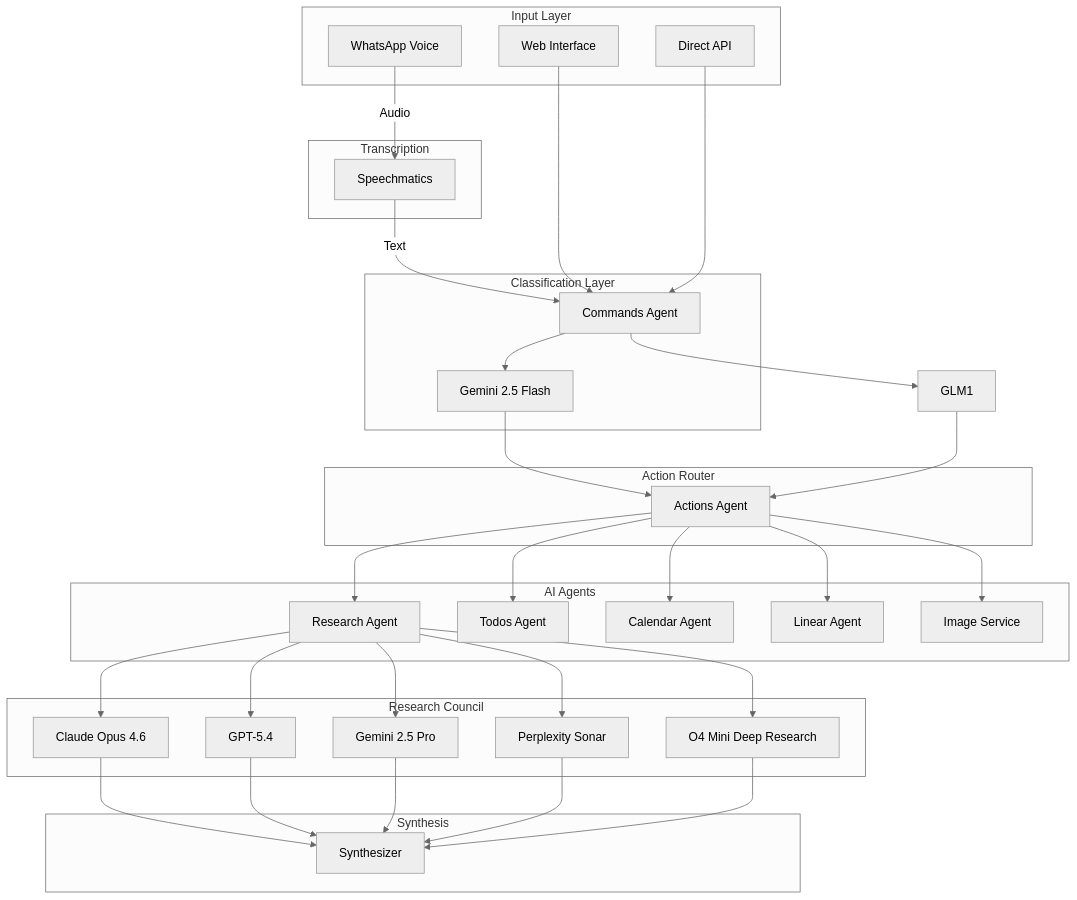
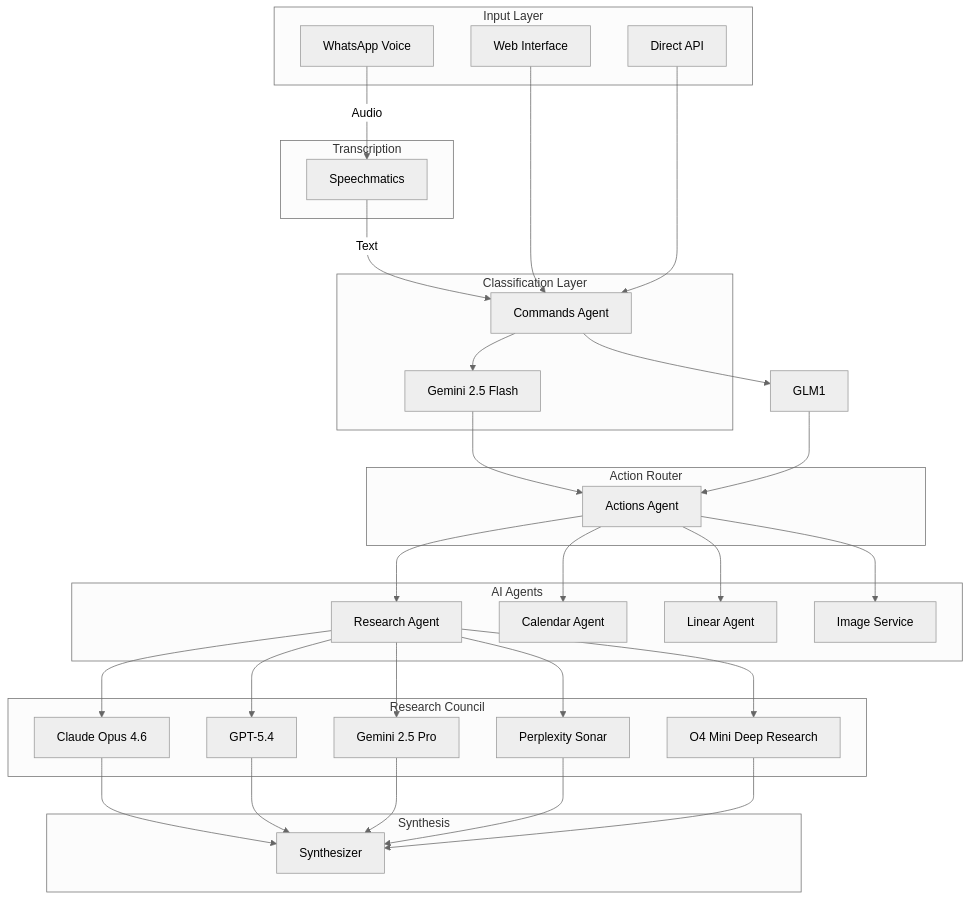
Before and after one commit to pbuchman/intexuraos: the third of 4 diagrams in docs/architecture/ai-architecture.md, drawn with Mermaid (neutral theme). The commit also changed other lines of this file and 463 other files, not shown here.

````diff
--- a/docs/architecture/ai-architecture.md
+++ b/docs/architecture/ai-architecture.md
@@ -230,69 +230,67 @@
 ```mermaid
 graph TB
     subgraph "Input Layer"
         WA[WhatsApp Voice]
         WEB[Web Interface]
         API[Direct API]
     end
 
     subgraph "Transcription"
         SM[Speechmatics]
     end
 
     subgraph "Classification Layer"
         CMD[Commands Agent]
         GEM1[Gemini 2.5 Flash]
     end
 
     subgraph "Action Router"
         AA[Actions Agent]
     end
 
     subgraph "AI Agents"
         RA[Research Agent]
-        TA[Todos Agent]
         CA[Calendar Agent]
         LA[Linear Agent]
         IS[Image Service]
     end
 
     subgraph "Research Council"
         CLAUDE[Claude Opus 4.6]
         GPT[GPT-5.4]
         GEM2[Gemini 2.5 Pro]
         SONAR[Perplexity Sonar]
         O4[O4 Mini Deep Research]
     end
 
     subgraph "Synthesis"
         SYN[Synthesizer]
     end
 
     WA -->|Audio| SM
     SM -->|Text| CMD
     WEB --> CMD
     API --> CMD
 
     CMD --> GEM1
     CMD --> GLM1
     GEM1 --> AA
     GLM1 --> AA
 
     AA --> RA
-    AA --> TA
     AA --> CA
     AA --> LA
     AA --> IS
 
     RA --> CLAUDE
     RA --> GPT
     RA --> GEM2
     RA --> SONAR
     RA --> O4
 
     CLAUDE --> SYN
     GPT --> SYN
     GEM2 --> SYN
     SONAR --> SYN
     O4 --> SYN
 ```
````
